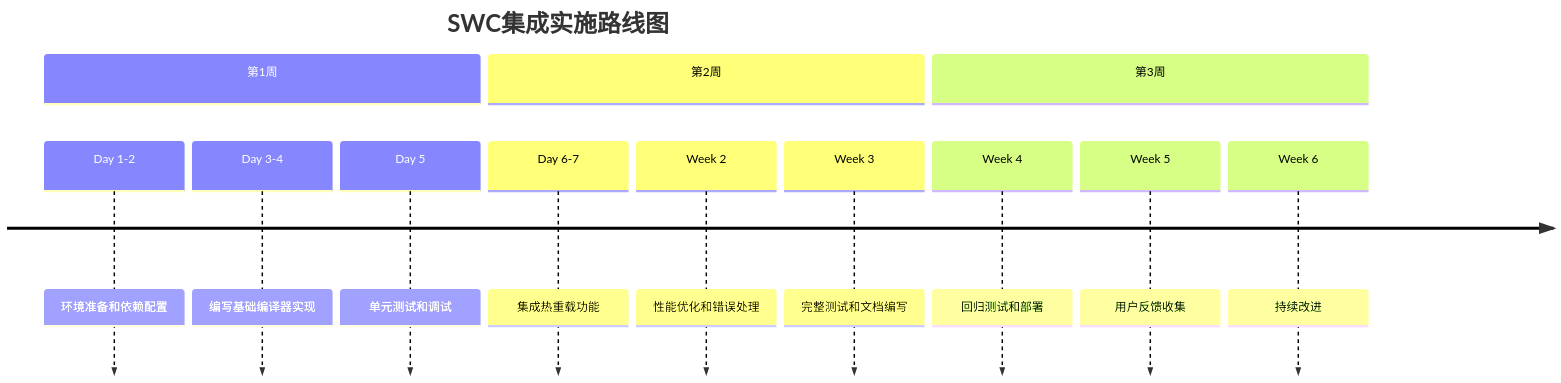
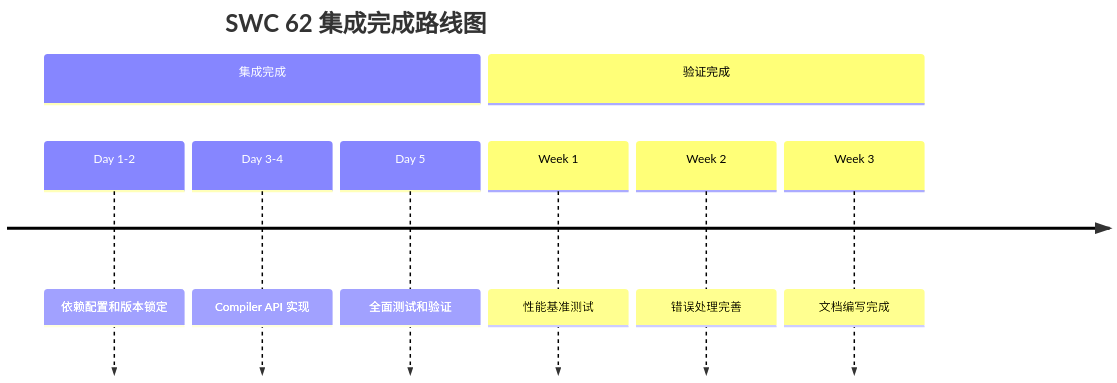
The seventh of 7 diagrams in .qoder/repowiki/zh/content/项目概述/技术架构总览/SWC集成可行性评估.md (itszzl-sudo/iris), drawn with Mermaid before and after one commit. The commit also changed other lines of this file and 23 other files, not shown here.

````diff
--- a/.qoder/repowiki/zh/content/项目概述/技术架构总览/SWC集成可行性评估.md
+++ b/.qoder/repowiki/zh/content/项目概述/技术架构总览/SWC集成可行性评估.md
@@ -362,16 +314,12 @@
 ```mermaid
 timeline
-title SWC集成实施路线图
-section 第1周
-Day 1-2 : 环境准备和依赖配置
-Day 3-4 : 编写基础编译器实现
-Day 5 : 单元测试和调试
-section 第2周
-Day 6-7 : 集成热重载功能
-Week 2 : 性能优化和错误处理
-Week 3 : 完整测试和文档编写
-section 第3周
-Week 4 : 回归测试和部署
-Week 5 : 用户反馈收集
-Week 6 : 持续改进
+title SWC 62 集成完成路线图
+section 集成完成
+Day 1-2 : 依赖配置和版本锁定
+Day 3-4 : Compiler API 实现
+Day 5 : 全面测试和验证
+section 验证完成
+Week 1 : 性能基准测试
+Week 2 : 错误处理完善
+Week 3 : 文档编写完成
 ```
````
